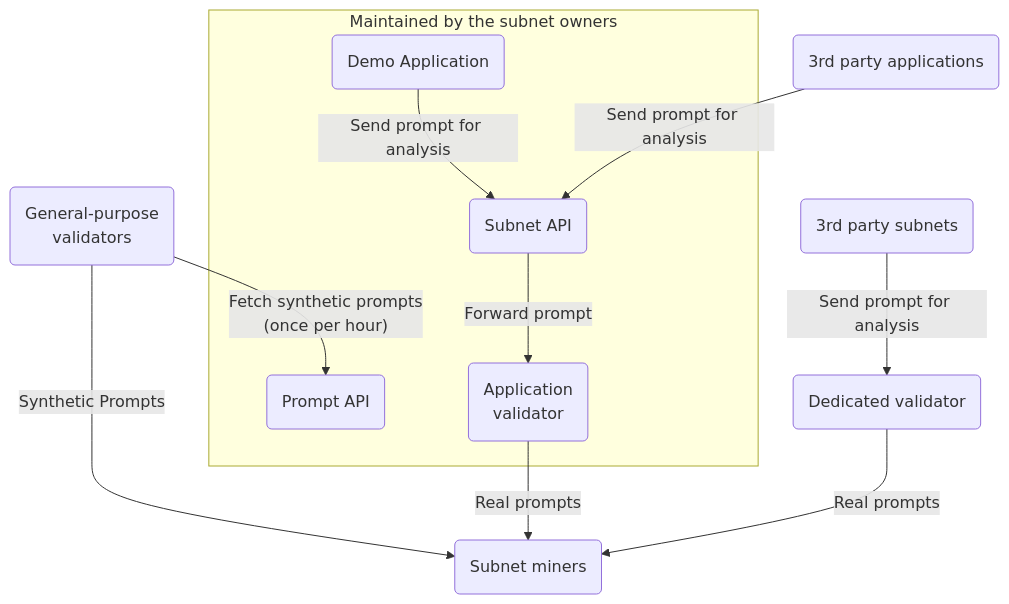
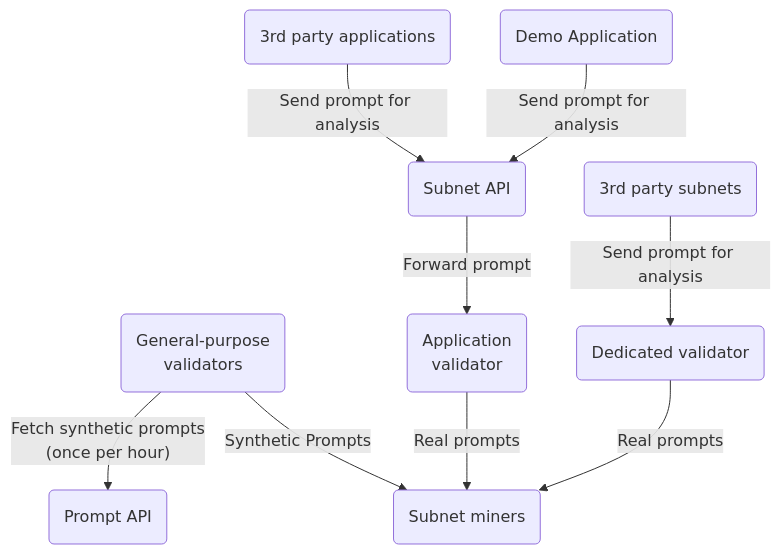
Before and after one commit to synapsec-ai/llm-defender-subnet: the first of 2 diagrams in docs/developer-guide.md, drawn with Mermaid. The commit also changed other lines of this file, not shown here.

Commit message:
changed graph to debug rendering issues

````diff
--- a/docs/developer-guide.md
+++ b/docs/developer-guide.md
@@ -4,17 +4,15 @@
 ```mermaid
 graph TD 
     A(General-purpose \nvalidators) -- Synthetic Prompts --> B(Subnet miners)
-    subgraph Maintained by the subnet owners 
     C(Prompt API)
     D(Subnet API)
     D1(Demo Application) -- Send prompt for analysis --> D
     E(Application \nvalidator)
-    end
     F(3rd party applications)
     E -- Real prompts --> B
     A -- Fetch synthetic prompts \n(once per hour) --> C
     F -- Send prompt for analysis --> D
     D -- Forward prompt --> E
 
     G(3rd party subnets) -- Send prompt for analysis--> H(Dedicated validator) -- Real prompts --> B
 ```
````
